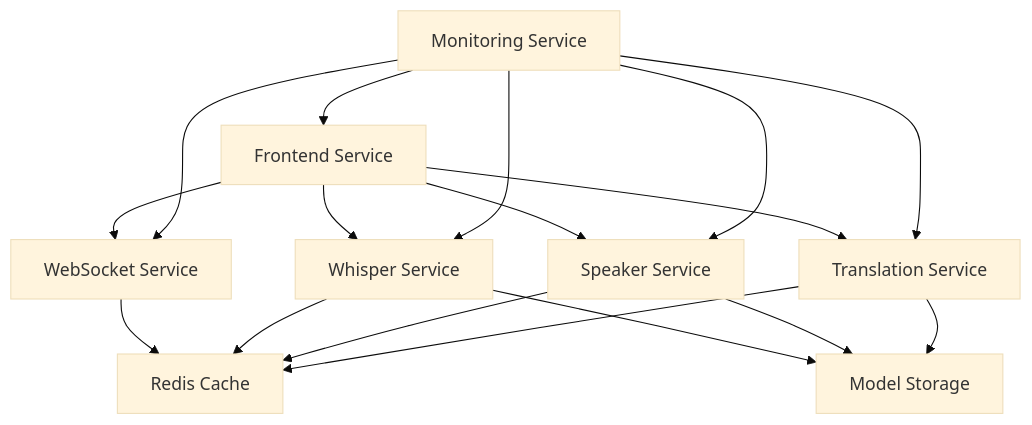
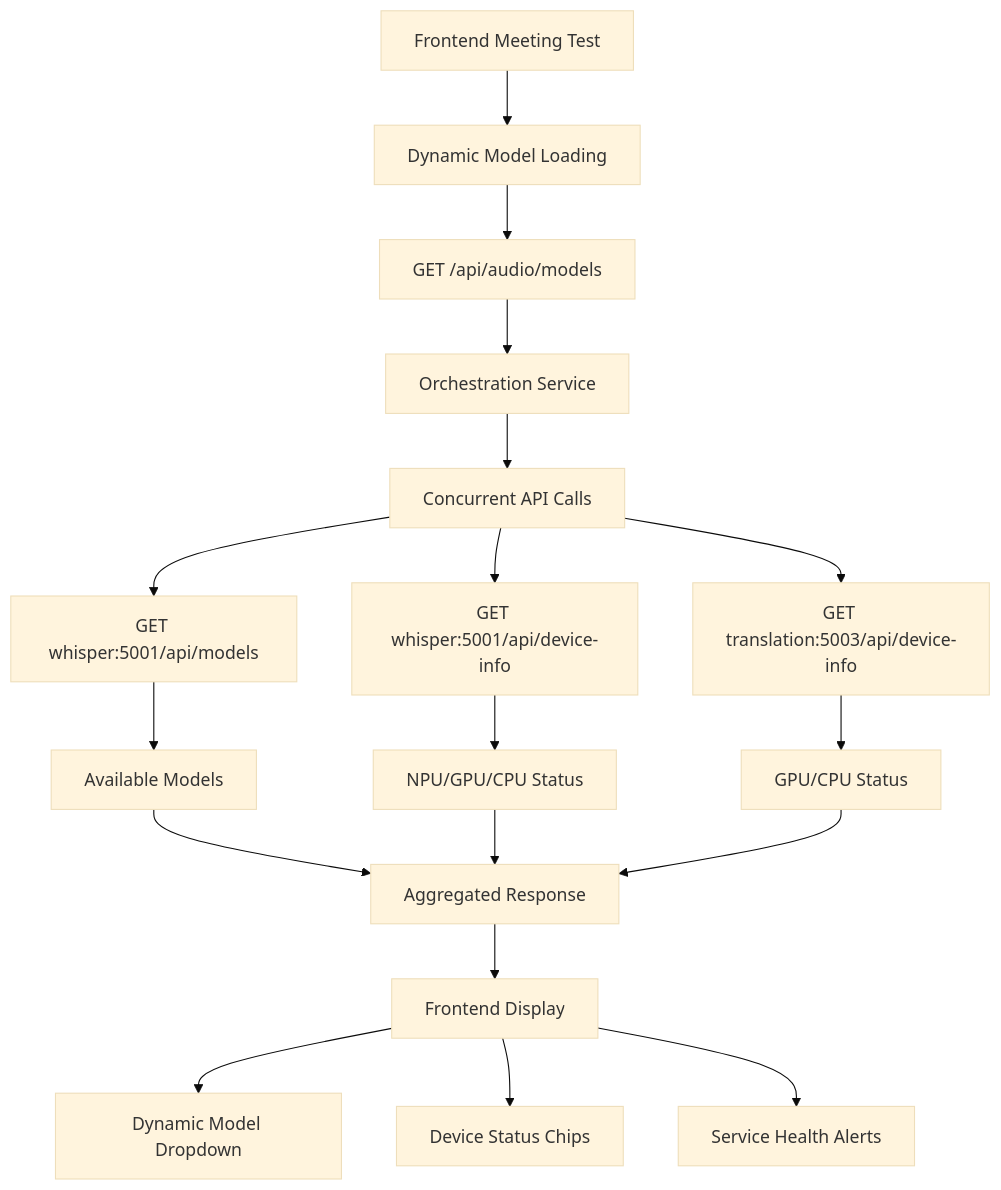
The diagram in modules/README.md (patanet7/livetranslate), drawn with Mermaid (base theme) before and after one commit. The commit also changed other lines of this file and 184 other files, not shown here.

Commit message:
Updates to orchestration and frontend

````diff
--- a/modules/README.md
+++ b/modules/README.md
@@ -285,22 +382,20 @@
 ```mermaid
 graph TD
-    A[Frontend Service] --> B[WebSocket Service]
-    A --> C[Whisper Service]
-    A --> D[Speaker Service]
-    A --> E[Translation Service]
-    
-    B --> F[Redis Cache]
-    C --> F
-    D --> F
-    E --> F
-    
-    C --> G[Model Storage]
-    D --> G
-    E --> G
-    
-    H[Monitoring Service] --> C
-    H --> D
-    H --> E
-    H --> A
-    H --> B
+    A[Frontend Meeting Test] --> B[Dynamic Model Loading]
+    B --> C[GET /api/audio/models]
+    C --> D[Orchestration Service]
+    D --> E[Concurrent API Calls]
+    E --> F[GET whisper:5001/api/models]
+    E --> G[GET whisper:5001/api/device-info]
+    E --> H[GET translation:5003/api/device-info]
+    F --> I[Available Models]
+    G --> J[NPU/GPU/CPU Status]
+    H --> K[GPU/CPU Status]
+    I --> L[Aggregated Response]
+    J --> L
+    K --> L
+    L --> M[Frontend Display]
+    M --> N[Dynamic Model Dropdown]
+    M --> O[Device Status Chips]
+    M --> P[Service Health Alerts]
 ```
````
